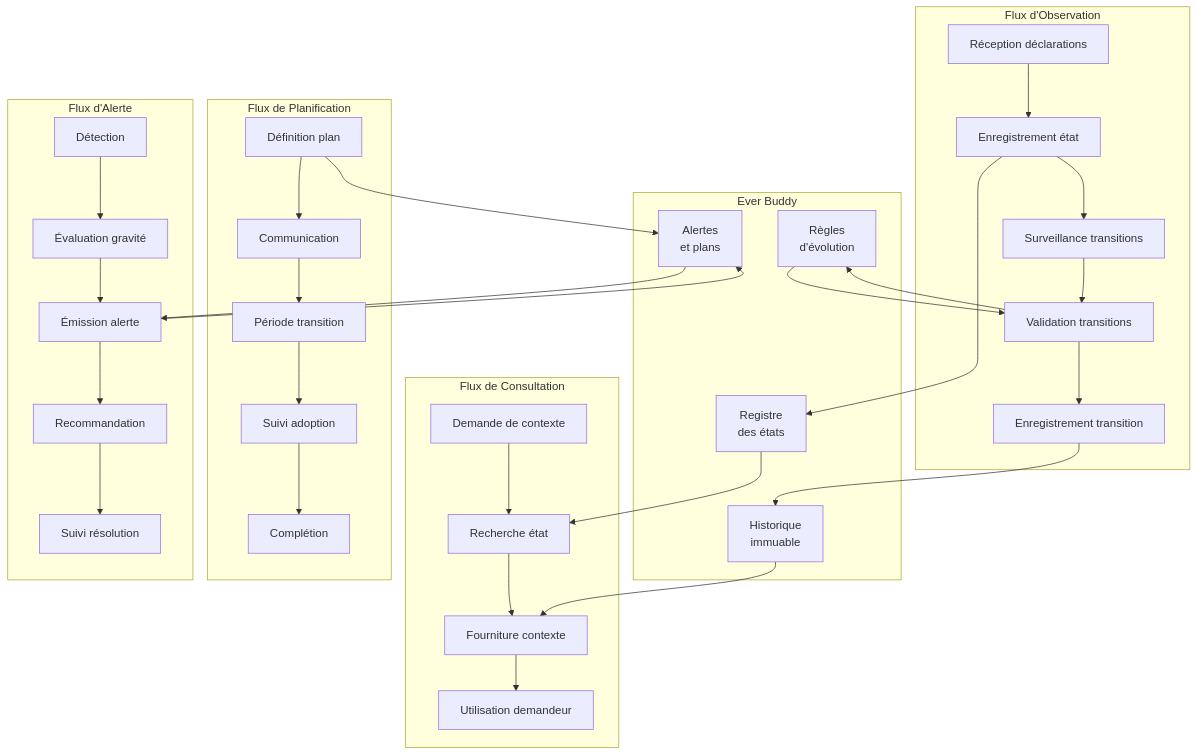
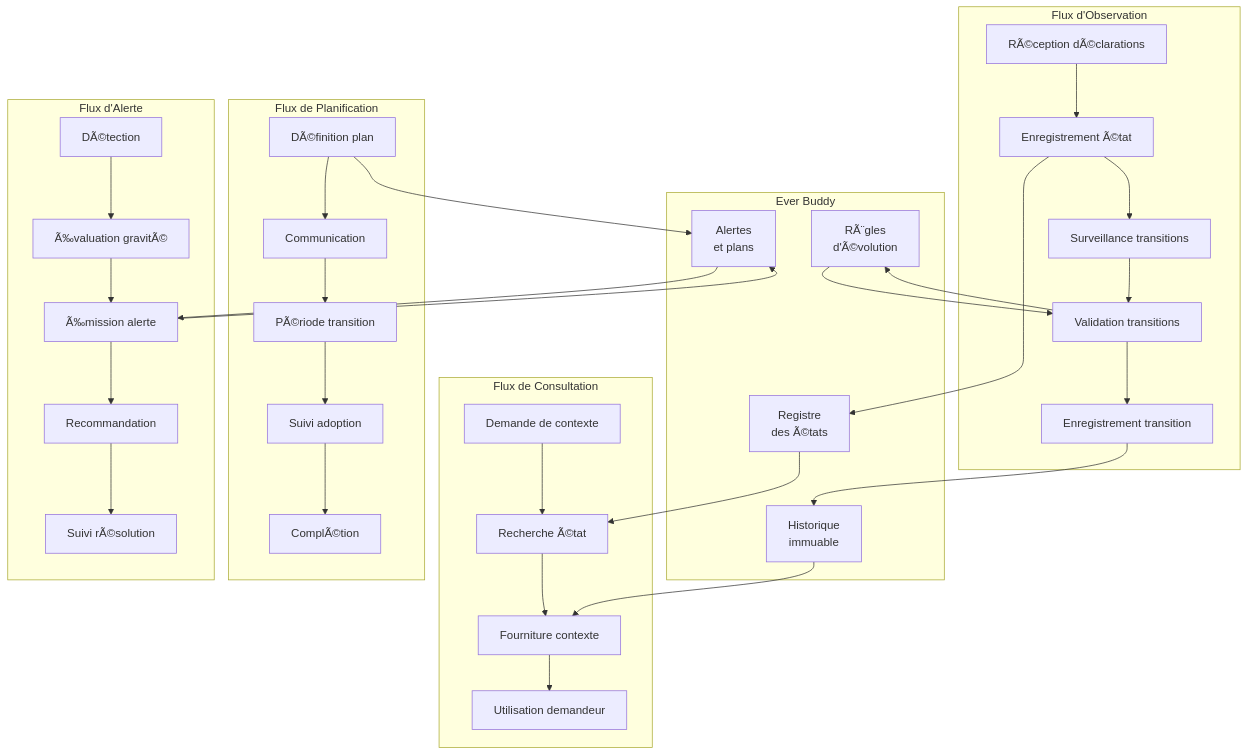
The first of 6 diagrams in docs/cores/EverBuddy/architecture/Ever Buddy - Evolution Flows.md (StudioMiyukini/miyukini_cog), drawn with Mermaid before and after one commit. The commit also changed other lines of this file and 1287 other files, not shown here.

````diff
--- a/docs/cores/EverBuddy/architecture/Ever Buddy - Evolution Flows.md
+++ b/docs/cores/EverBuddy/architecture/Ever Buddy - Evolution Flows.md
@@ -33,56 +33,56 @@
 ```mermaid
 graph TB
     subgraph EverBuddy[Ever Buddy]
-        REG[Registre<br/>des états]
-        RUL[Règles<br/>d'évolution]
+        REG[Registre<br/>des Ã©tats]
+        RUL[RÃ¨gles<br/>d'Ã©volution]
         HIS[Historique<br/>immuable]
         ALE[Alertes<br/>et plans]
     end
 
     subgraph FluxObs[Flux d'Observation]
-        O1[Réception déclarations]
-        O2[Enregistrement état]
+        O1[RÃ©ception dÃ©clarations]
+        O2[Enregistrement Ã©tat]
         O3[Surveillance transitions]
         O4[Validation transitions]
         O5[Enregistrement transition]
     end
 
     subgraph FluxCons[Flux de Consultation]
         C1[Demande de contexte]
-        C2[Recherche état]
+        C2[Recherche Ã©tat]
         C3[Fourniture contexte]
         C4[Utilisation demandeur]
     end
 
     subgraph FluxPlan[Flux de Planification]
-        P1[Définition plan]
+        P1[DÃ©finition plan]
         P2[Communication]
-        P3[Période transition]
+        P3[PÃ©riode transition]
         P4[Suivi adoption]
-        P5[Complétion]
+        P5[ComplÃ©tion]
     end
 
     subgraph FluxAle[Flux d'Alerte]
-        A1[Détection]
-        A2[Évaluation gravité]
-        A3[Émission alerte]
+        A1[DÃ©tection]
+        A2[Ã‰valuation gravitÃ©]
+        A3[Ã‰mission alerte]
         A4[Recommandation]
-        A5[Suivi résolution]
+        A5[Suivi rÃ©solution]
     end
 
     O1 --> O2 --> O3 --> O4 --> O5
     C1 --> C2 --> C3 --> C4
     P1 --> P2 --> P3 --> P4 --> P5
     A1 --> A2 --> A3 --> A4 --> A5
 
     O2 --> REG
     O5 --> HIS
     O4 --> RUL
     P1 --> ALE
     A3 --> ALE
 
     REG --> C2
     HIS --> C3
     RUL --> O4
     ALE --> A3
 ```
````
